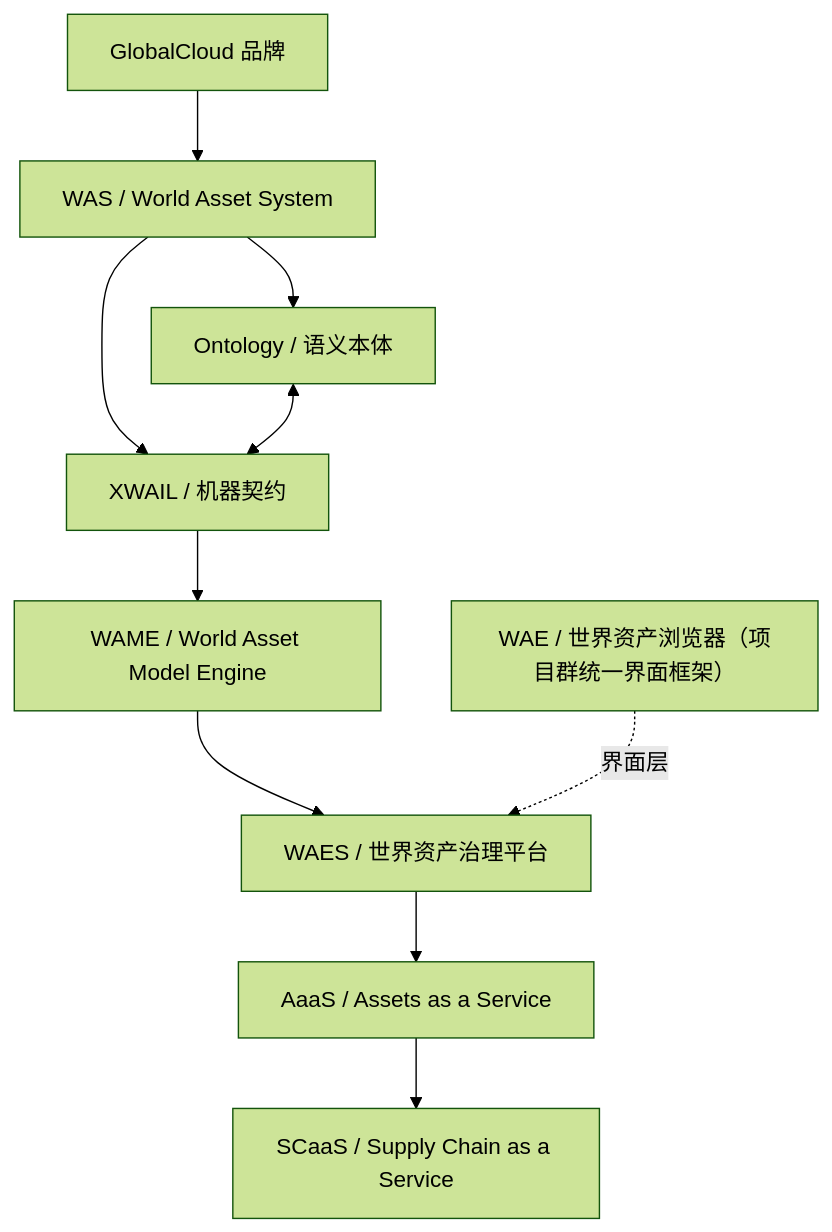
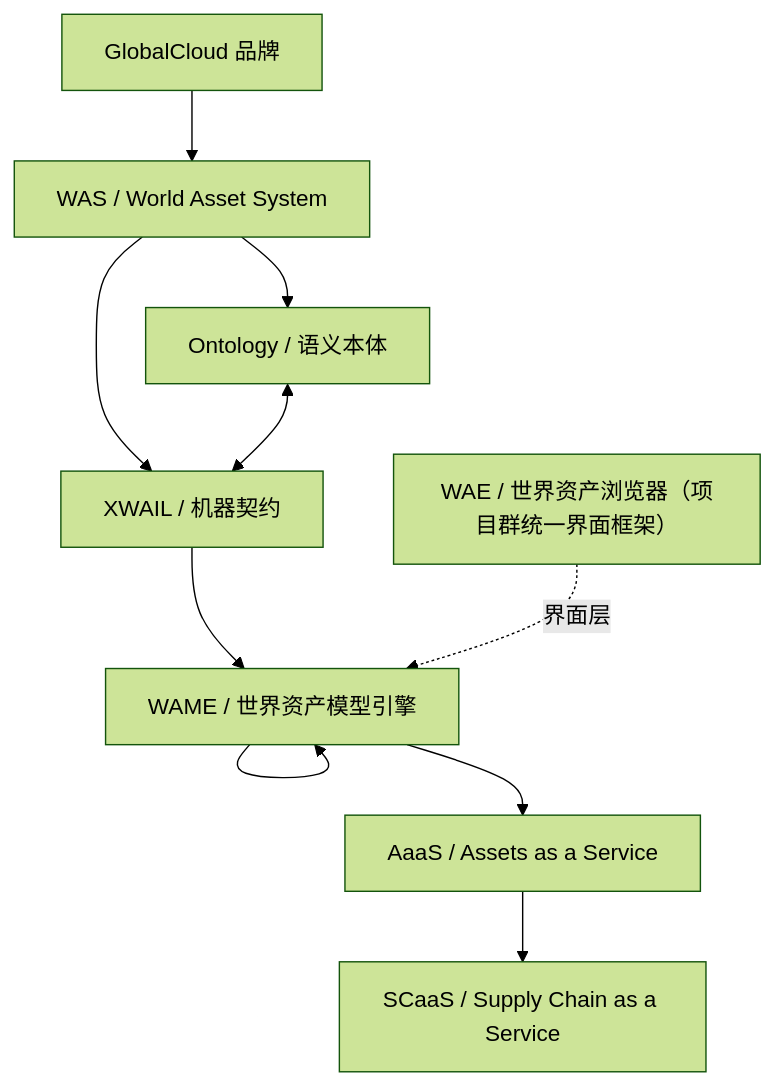
Before and after one commit to Jiumilu/GCGPCF: the diagram in 01-architecture/GlobalCloud世界资产体系正式命名与产品系统架构总纲.md, drawn with Mermaid (forest theme). The commit also changed other lines of this file and 968 other files, not shown here.

First line of the commit message:
docs(naming): WAES→WAME 命名与文档层全局同步（Markdown）

````diff
--- a/01-architecture/GlobalCloud世界资产体系正式命名与产品系统架构总纲.md
+++ b/01-architecture/GlobalCloud世界资产体系正式命名与产品系统架构总纲.md
@@ -61,12 +60,12 @@
 ```mermaid
 flowchart TD
   Brand["GlobalCloud 品牌"] --> WAS["WAS / World Asset System"]
   WAS --> Ontology["Ontology / 语义本体"]
   WAS --> XWAIL["XWAIL / 机器契约"]
   Ontology <--> XWAIL
   XWAIL --> WAME["WAME / World Asset Model Engine"]
-  WAME --> WAES["WAES / 世界资产治理平台"]
-  WAES --> AAAS["AaaS / Assets as a Service"]
+  WAME --> WAME["WAME / 世界资产模型引擎"]
+  WAME --> AAAS["AaaS / Assets as a Service"]
   AAAS --> SCAAS["SCaaS / Supply Chain as a Service"]
-  WAE["WAE / 世界资产浏览器（项目群统一界面框架）"] -. 界面层 .-> WAES
+  WAE["WAE / 世界资产浏览器（项目群统一界面框架）"] -. 界面层 .-> WAME
 ```
````
